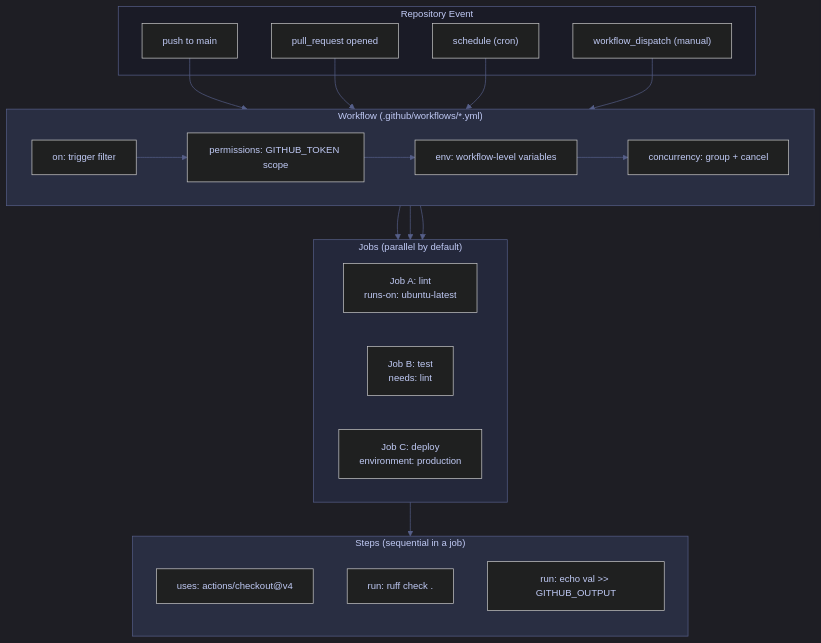
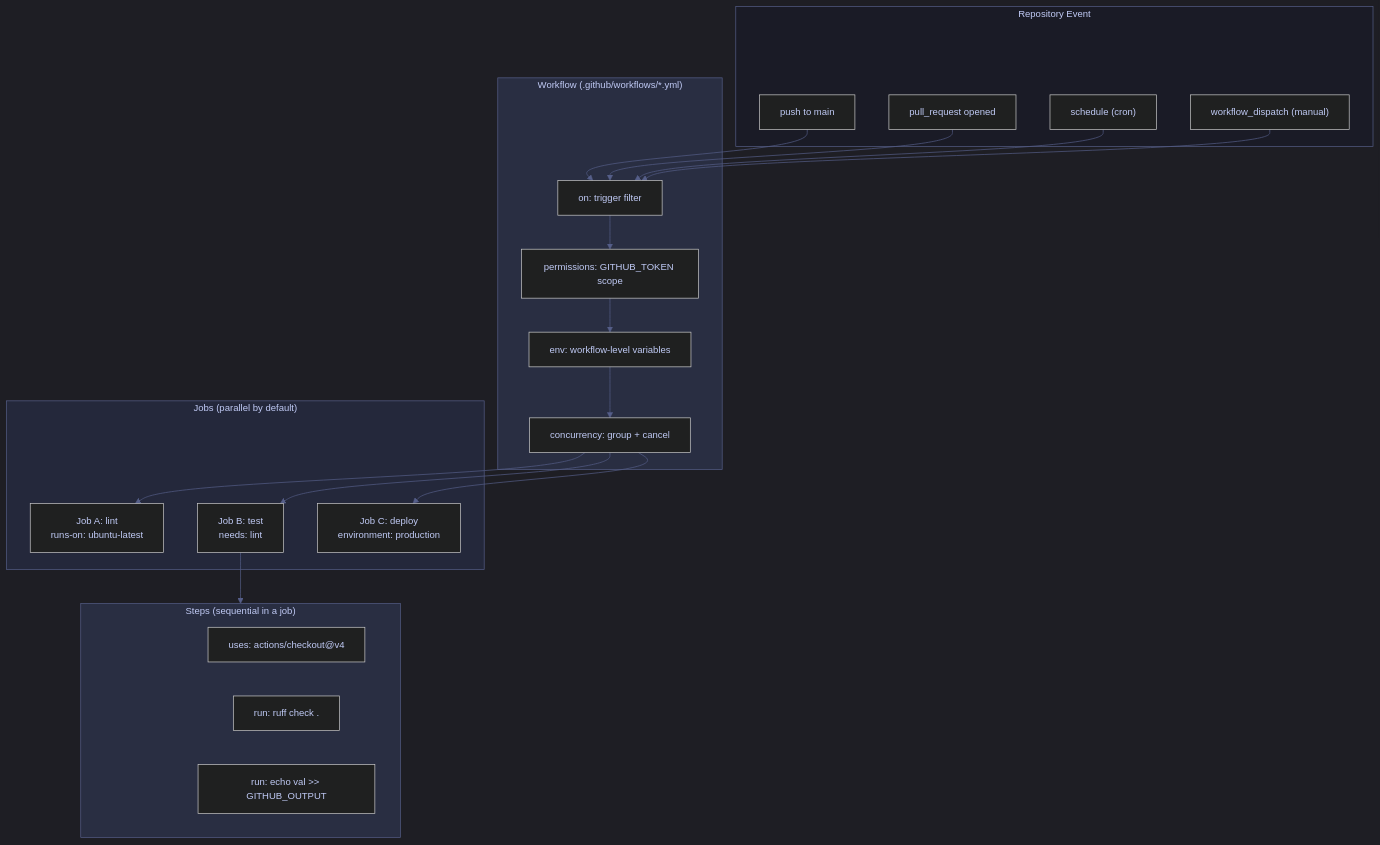
The diagram in content/10-CICD/01-GitHub-Actions/01-github-actions-fundamentals.md (alp78/elysium), drawn with Mermaid before and after one commit. The commit also changed other lines of this file and 216 other files, not shown here.

````diff
--- a/content/10-CICD/01-GitHub-Actions/01-github-actions-fundamentals.md
+++ b/content/10-CICD/01-GitHub-Actions/01-github-actions-fundamentals.md
@@ -315,53 +315,67 @@
 ```mermaid
 %%{init: {'theme': 'dark', 'themeVariables': {
   'primaryColor': '#292e42',
   'primaryTextColor': '#c0caf5',
   'primaryBorderColor': '#565f89',
   'lineColor': '#565f89',
   'secondaryColor': '#1a1b26',
   'tertiaryColor': '#24283b',
   'noteTextColor': '#c0caf5',
   'noteBkgColor': '#292e42',
   'textColor': '#c0caf5',
   'fontSize': '14px'
 }}}%%
 flowchart TB
     subgraph Event["Repository Event"]
+        EPAD[" "]
         E1["push to main"]
         E2["pull_request opened"]
         E3["schedule (cron)"]
         E4["workflow_dispatch (manual)"]
+        EPAD ~~~ E1
+        EPAD ~~~ E2
+        EPAD ~~~ E3
+        EPAD ~~~ E4
     end
 
     subgraph Workflow["Workflow (.github/workflows/*.yml)"]
-        direction LR
+        WPAD[" "]
         ON["on: trigger filter"]
         PERM["permissions: GITHUB_TOKEN scope"]
         ENV["env: workflow-level variables"]
         CONC["concurrency: group + cancel"]
+        WPAD ~~~ ON
     end
 
     subgraph Jobs["Jobs (parallel by default)"]
-        direction LR
+        JPAD[" "]
         J1["Job A: lint<br/>runs-on: ubuntu-latest"]
         J2["Job B: test<br/>needs: lint"]
         J3["Job C: deploy<br/>environment: production"]
+        JPAD ~~~ J1
+        JPAD ~~~ J2
+        JPAD ~~~ J3
     end
 
     subgraph Steps["Steps (sequential in a job)"]
-        direction TB
+        SPAD[" "]
         S1["uses: actions/checkout@v4"]
         S2["run: ruff check ."]
         S3["run: echo val >> GITHUB_OUTPUT"]
+        SPAD ~~~ S1
     end
 
     E1 & E2 & E3 & E4 --> ON
     ON --> PERM --> ENV --> CONC
     CONC --> J1 & J2 & J3
     J2 --> Steps
 
     style Event fill:#1a1b26,stroke:#565f89,color:#c0caf5
     style Workflow fill:#292e42,stroke:#565f89,color:#c0caf5
     style Jobs fill:#24283b,stroke:#565f89,color:#c0caf5
     style Steps fill:#292e42,stroke:#565f89,color:#c0caf5
+    style EPAD fill:transparent,stroke:transparent,color:transparent
+    style WPAD fill:transparent,stroke:transparent,color:transparent
+    style JPAD fill:transparent,stroke:transparent,color:transparent
+    style SPAD fill:transparent,stroke:transparent,color:transparent
 ```
````
